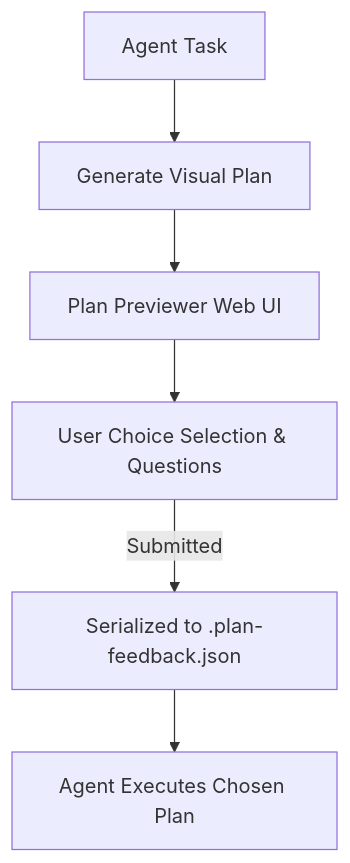
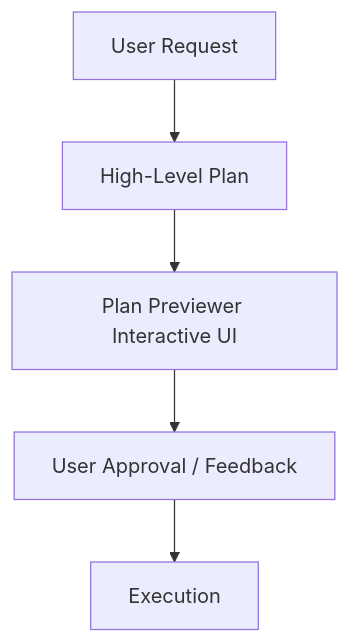
One commit to AdielMag/plan-previewer changed the diagram in skills/rich-plan-formatting/SKILL.md. Above: the diagram before and after it, drawn with Mermaid. The commit also changed other lines of this file and 16 other files, not shown here.

````diff
--- a/skills/rich-plan-formatting/SKILL.md
+++ b/skills/rich-plan-formatting/SKILL.md
@@ -44,8 +129,7 @@
 ```mermaid
 graph TD
-    A[Agent Task] --> B[Generate Visual Plan]
-    B --> C[Plan Previewer Web UI]
-    C --> D[User Choice Selection & Questions]
-    D -->|Submitted| E[Serialized to .plan-feedback.json]
-    E --> F[Agent Executes Chosen Plan]
+    A[User Request] --> B[High-Level Plan]
+    B --> C[Plan Previewer Interactive UI]
+    C --> D[User Approval / Feedback]
+    D --> E[Execution]
 ```
````
